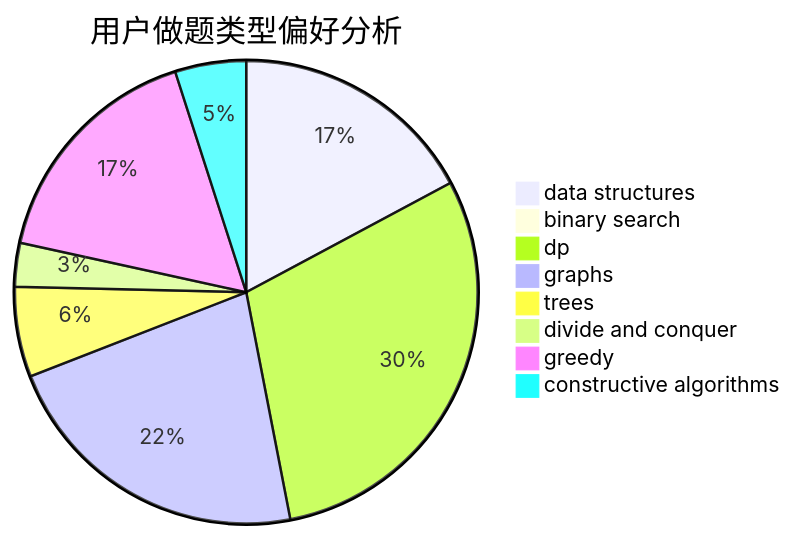
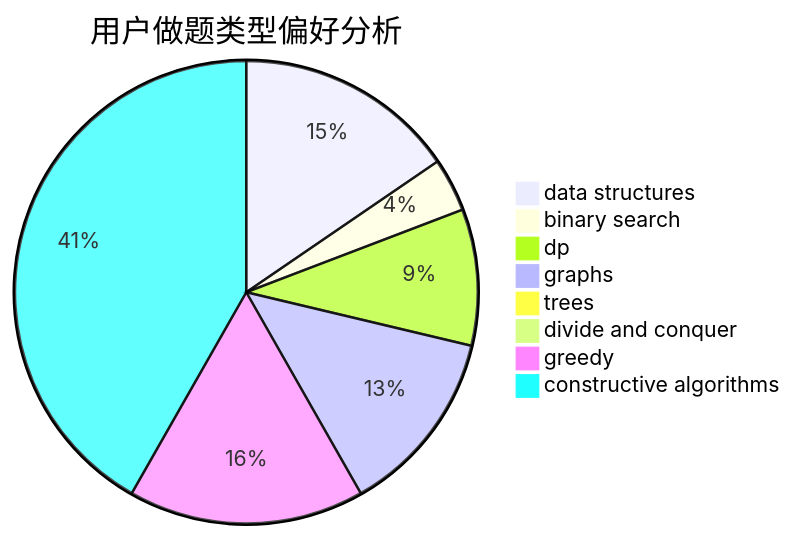
Before and after one commit to sherpahu/cfrs.github.io: the second of 3 diagrams in docs/user/u320.md, drawn with Mermaid. The commit also changed other lines of this file and 2770 other files, not shown here.

````diff
--- a/docs/user/u320.md
+++ b/docs/user/u320.md
@@ -23,11 +23,11 @@
 ```mermaid
 pie title 用户做题类型偏好分析
-    "data structures" :  90
-    "binary search" :  3
-    "dp" :  156
-    "graphs" :  116
-    "trees" :  33
-    "divide and conquer" :  16
-    "greedy" :  87
-    "constructive algorithms" :  26
+    "data structures" :  211
+    "binary search" :  51
+    "dp" :  130
+    "graphs" :  178
+    "trees" :  9
+    "divide and conquer" :  0
+    "greedy" :  225
+    "constructive algorithms" :  570
 ```
````
